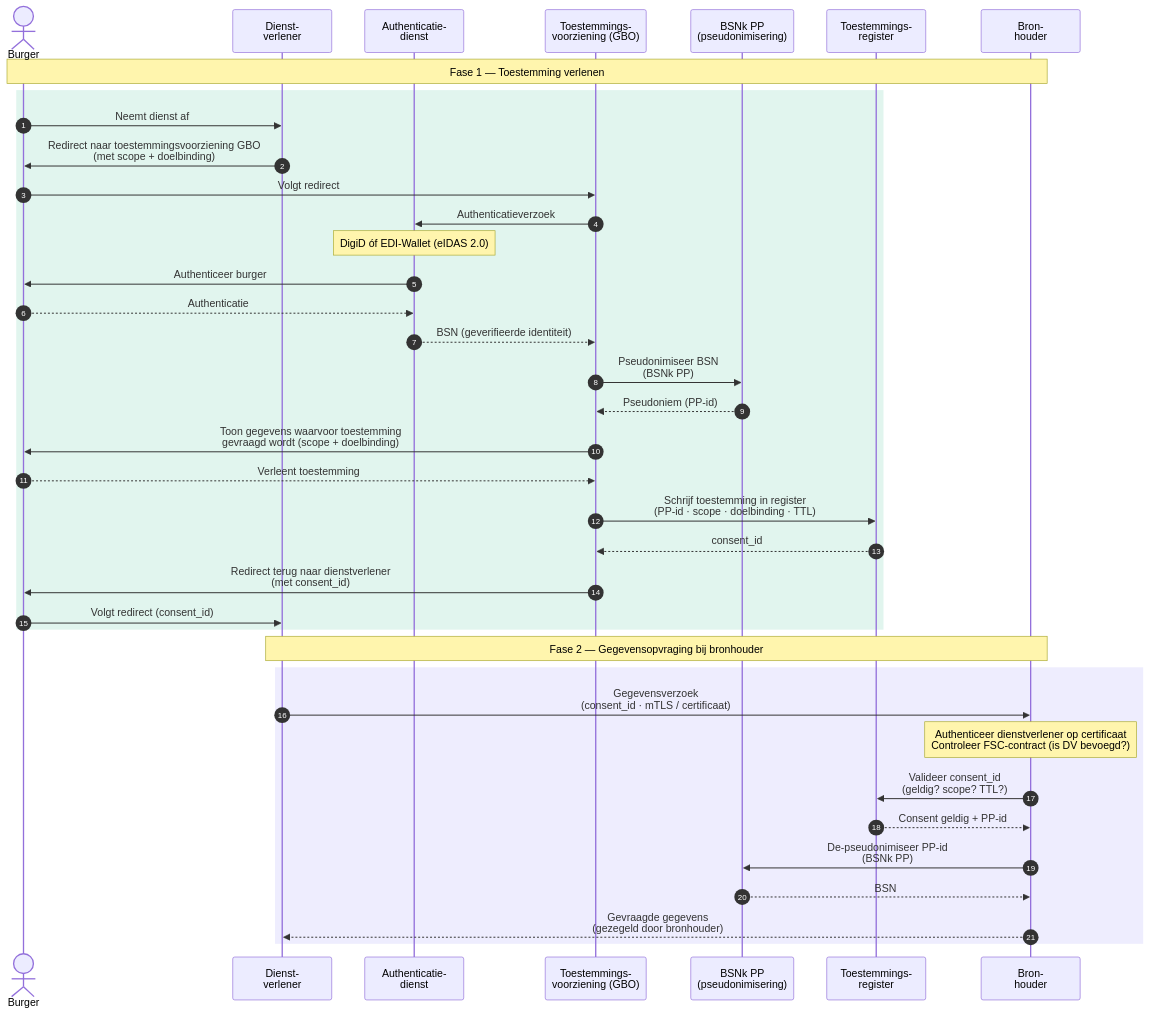
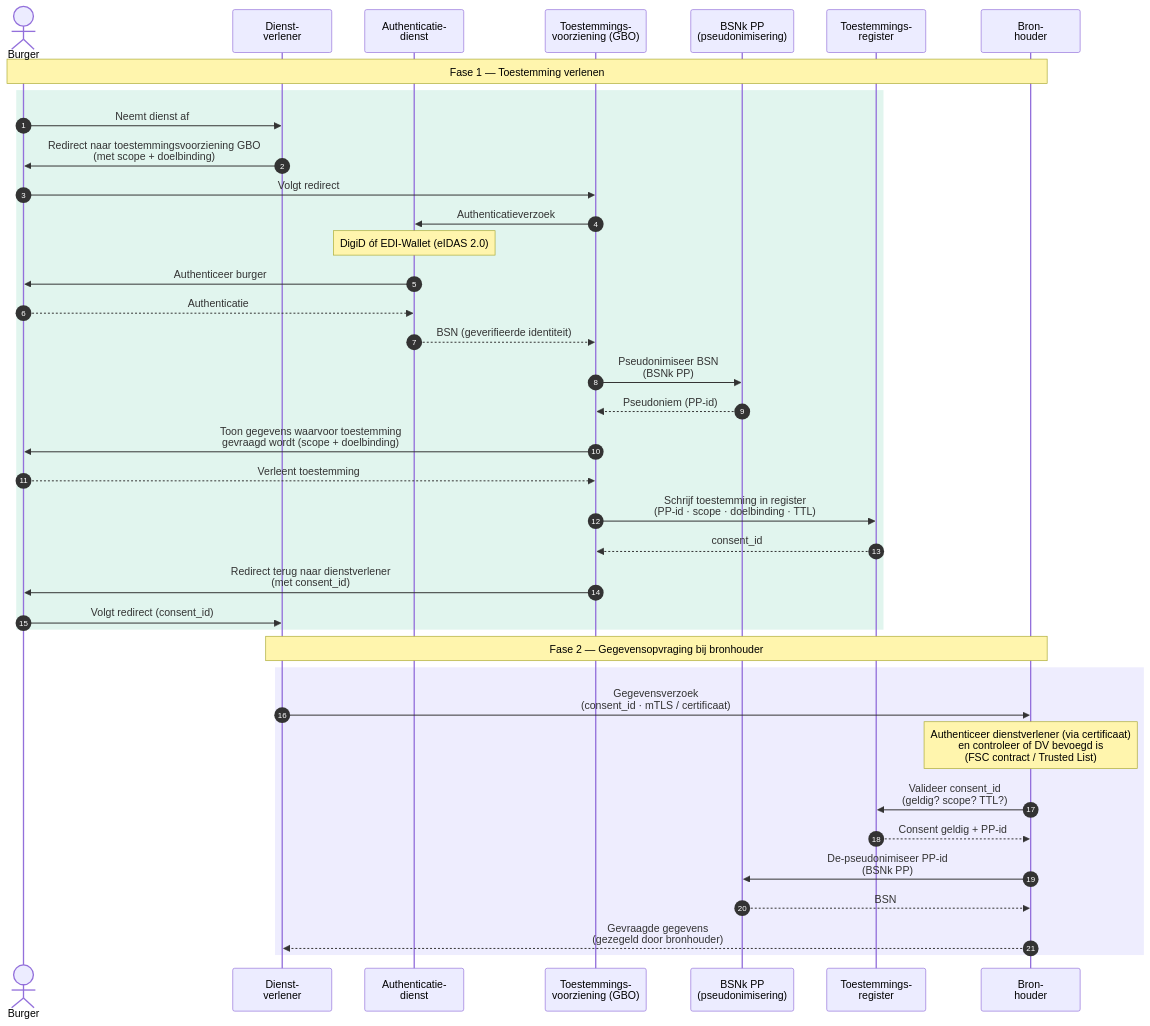
The diagram in docs/diagrammen/interactiepatroon-PP-haalt-gegevens-op.mmd (ICTU/GBO), drawn with Mermaid before and after one commit.

````diff
--- a/docs/diagrammen/interactiepatroon-PP-haalt-gegevens-op.mmd
+++ b/docs/diagrammen/interactiepatroon-PP-haalt-gegevens-op.mmd
@@ -3,46 +3,46 @@
 ``` mermaid
 
 sequenceDiagram
     autonumber
     actor Burger
     participant DV as Dienst-<br/>verlener
     participant Auth as Authenticatie-<br/>dienst
     participant TV as Toestemmings-<br/>voorziening (GBO)
     participant PP as BSNk PP<br/>(pseudonimisering)
     participant TR as Toestemmings-<br/>register
     participant BRH as Bron-<br/>houder
 
     Note over Burger,BRH: Fase 1 — Toestemming verlenen
 
     rect rgb(225, 245, 238)
         Burger->>DV: Neemt dienst af
         DV->>Burger: Redirect naar toestemmingsvoorziening GBO<br/>(met scope + doelbinding)
         Burger->>TV: Volgt redirect
         TV->>Auth: Authenticatieverzoek
         Note over Auth: DigiD óf EDI-Wallet (eIDAS 2.0)
         Auth->>Burger: Authenticeer burger
         Burger-->>Auth: Authenticatie
         Auth-->>TV: BSN (geverifieerde identiteit)
         TV->>PP: Pseudonimiseer BSN<br/>(BSNk PP)
         PP-->>TV: Pseudoniem (PP-id)
         TV->>Burger: Toon gegevens waarvoor toestemming<br/>gevraagd wordt (scope + doelbinding)
         Burger-->>TV: Verleent toestemming
         TV->>TR: Schrijf toestemming in register<br/>(PP-id · scope · doelbinding · TTL)
         TR-->>TV: consent_id
         TV->>Burger: Redirect terug naar dienstverlener<br/>(met consent_id)
         Burger->>DV: Volgt redirect (consent_id)
     end
 
     Note over DV,BRH: Fase 2 — Gegevensopvraging bij bronhouder
 
     rect rgb(238, 237, 254)
         DV->>BRH: Gegevensverzoek<br/>(consent_id · mTLS / certificaat)
-        Note over BRH: Authenticeer dienstverlener op certificaat<br/>Controleer FSC-contract (is DV bevoegd?)
+        Note over BRH: Authenticeer dienstverlener (via certificaat)<br/>en controleer of DV bevoegd is<br />(FSC contract / Trusted List)
         BRH->>TR: Valideer consent_id<br/>(geldig? scope? TTL?)
         TR-->>BRH: Consent geldig + PP-id
         BRH->>PP: De-pseudonimiseer PP-id<br/>(BSNk PP)
         PP-->>BRH: BSN
         BRH-->>DV: Gevraagde gegevens<br/>(gezegeld door bronhouder)
     end
 
 ```
````
